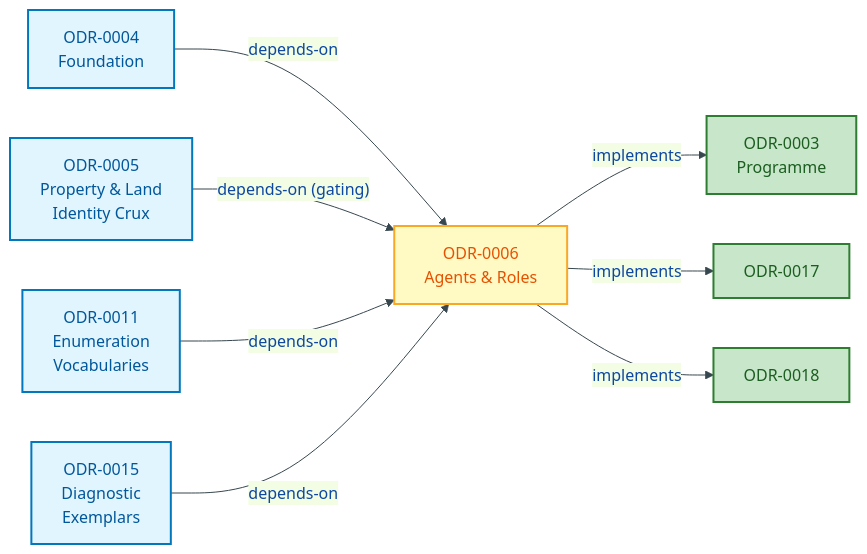
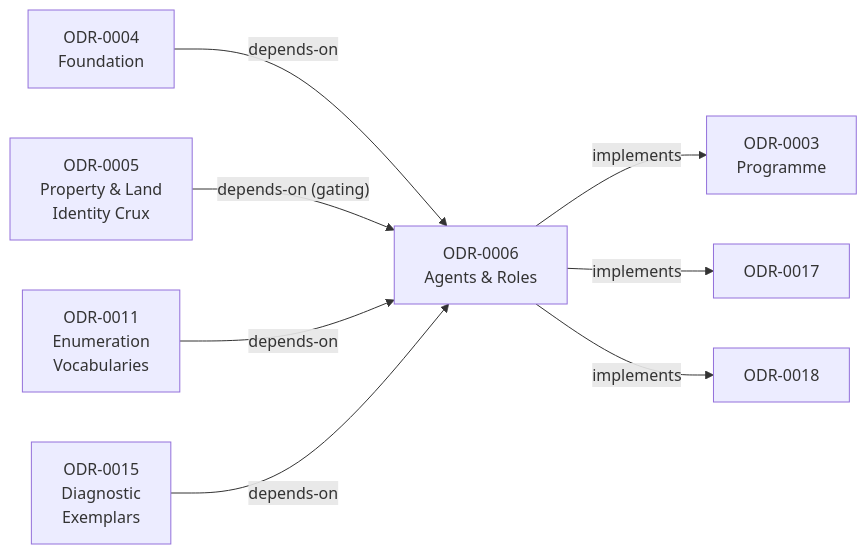
One commit to sparkling/opda changed the first of 4 diagrams in docs/ontology/odr/ODR-0006-agents-and-roles.md. Above: the diagram before and after it, drawn with Mermaid. The commit also changed other lines of this file and 25 other files, not shown here.

````diff
--- a/docs/ontology/odr/ODR-0006-agents-and-roles.md
+++ b/docs/ontology/odr/ODR-0006-agents-and-roles.md
@@ -28,26 +28,22 @@
 ```mermaid
-%%{init:{"theme":"base","themeVariables":{"primaryColor":"#E3F2FD","primaryTextColor":"#0D47A1","primaryBorderColor":"#1565C0","lineColor":"#37474F"}}}%%
 flowchart LR
     accTitle: ODR-0006 dependency graph
     accDescr: Shows which ODRs ODR-0006 depends on and which it implements
-    classDef dep fill:#E1F5FE,stroke:#0277BD,stroke-width:2px,color:#01579B
-    classDef impl fill:#C8E6C9,stroke:#2E7D32,stroke-width:2px,color:#1B5E20
-    classDef self fill:#FFF9C4,stroke:#F9A825,stroke-width:2px,color:#E65100
 
-    ODR0004["ODR-0004<br/>Foundation"]:::dep
-    ODR0005["ODR-0005<br/>Property &amp; Land<br/>Identity Crux"]:::dep
-    ODR0011["ODR-0011<br/>Enumeration<br/>Vocabularies"]:::dep
-    ODR0015["ODR-0015<br/>Diagnostic<br/>Exemplars"]:::dep
-    ODR0006["ODR-0006<br/>Agents &amp; Roles"]:::self
-    ODR0003["ODR-0003<br/>Programme"]:::impl
-    ODR0017["ODR-0017"]:::impl
-    ODR0018["ODR-0018"]:::impl
+    ODR0004["ODR-0004<br/>Foundation"]:::process
+    ODR0005["ODR-0005<br/>Property &amp; Land<br/>Identity Crux"]:::process
+    ODR0011["ODR-0011<br/>Enumeration<br/>Vocabularies"]:::process
+    ODR0015["ODR-0015<br/>Diagnostic<br/>Exemplars"]:::process
+    ODR0006["ODR-0006<br/>Agents &amp; Roles"]:::warning
+    ODR0003["ODR-0003<br/>Programme"]:::success
+    ODR0017["ODR-0017"]:::success
+    ODR0018["ODR-0018"]:::success
 
     ODR0004 -->|"depends-on"| ODR0006
     ODR0005 -->|"depends-on (gating)"| ODR0006
     ODR0011 -->|"depends-on"| ODR0006
     ODR0015 -->|"depends-on"| ODR0006
     ODR0006 -->|"implements"| ODR0003
     ODR0006 -->|"implements"| ODR0017
     ODR0006 -->|"implements"| ODR0018
 ```
````
